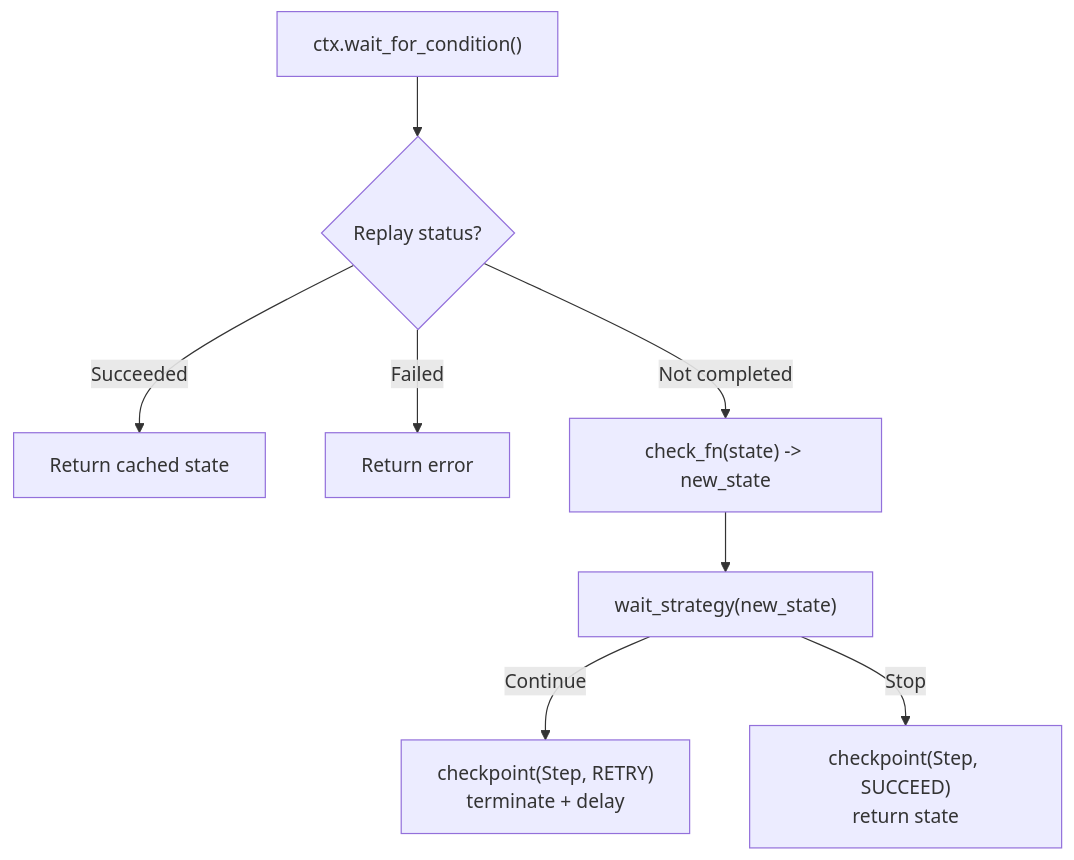
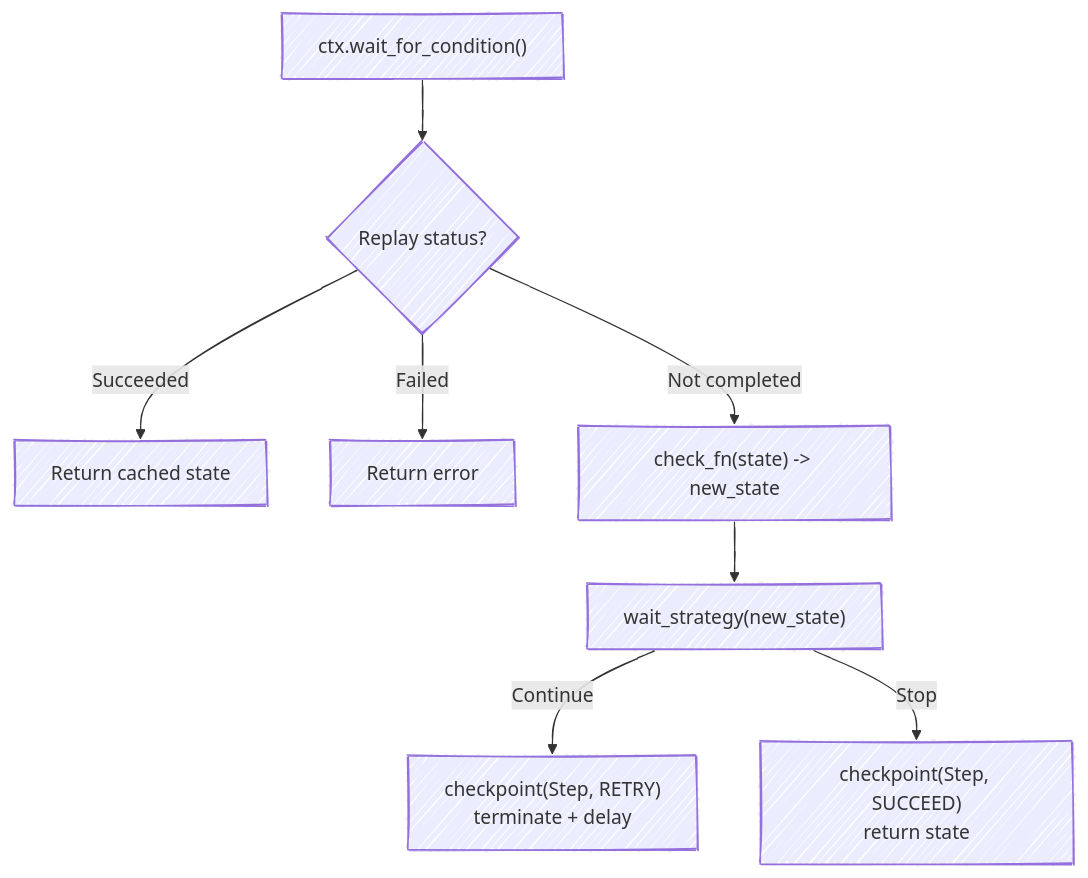
Diagram 15 of 18 in ARCHITECTURE.md (guyernest/lambda-durable-execution-rust), drawn with Mermaid before and after one commit. The commit also changed other lines of this file, not shown here.

First line of the commit message:
docs(architecture): apply mermaid hand-drawn styling

````diff
--- a/ARCHITECTURE.md
+++ b/ARCHITECTURE.md
@@ -588,10 +602,11 @@
 ```mermaid
+%%{init: {"flowchart": {"diagramPadding": 130}, "look": "handDrawn", "fontFamily": "virgil, excalifont, segoe print, bradley hand, chalkboard se, marker felt, comic sans ms, cursive"}}%%
 flowchart TB
     Call["ctx.wait_for_condition()"] --> Replay{"Replay status?"}
     Replay -->|Succeeded| Return["Return cached state"]
     Replay -->|Failed| Error["Return error"]
     Replay -->|Not completed| Check["check_fn(state) -> new_state"]
     Check --> Decide["wait_strategy(new_state)"]
     Decide -->|Continue| Retry["checkpoint(Step, RETRY)<br/>terminate + delay"]
     Decide -->|Stop| Succeed["checkpoint(Step, SUCCEED)<br/>return state"]
 ```
````
